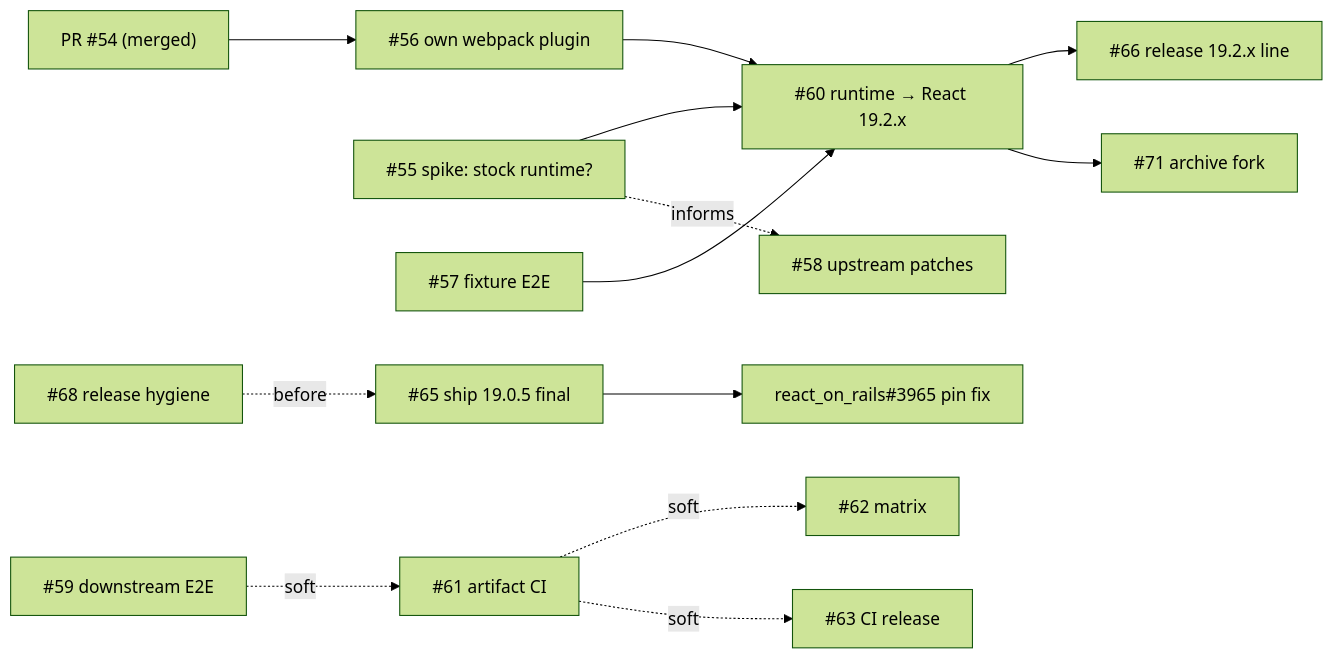
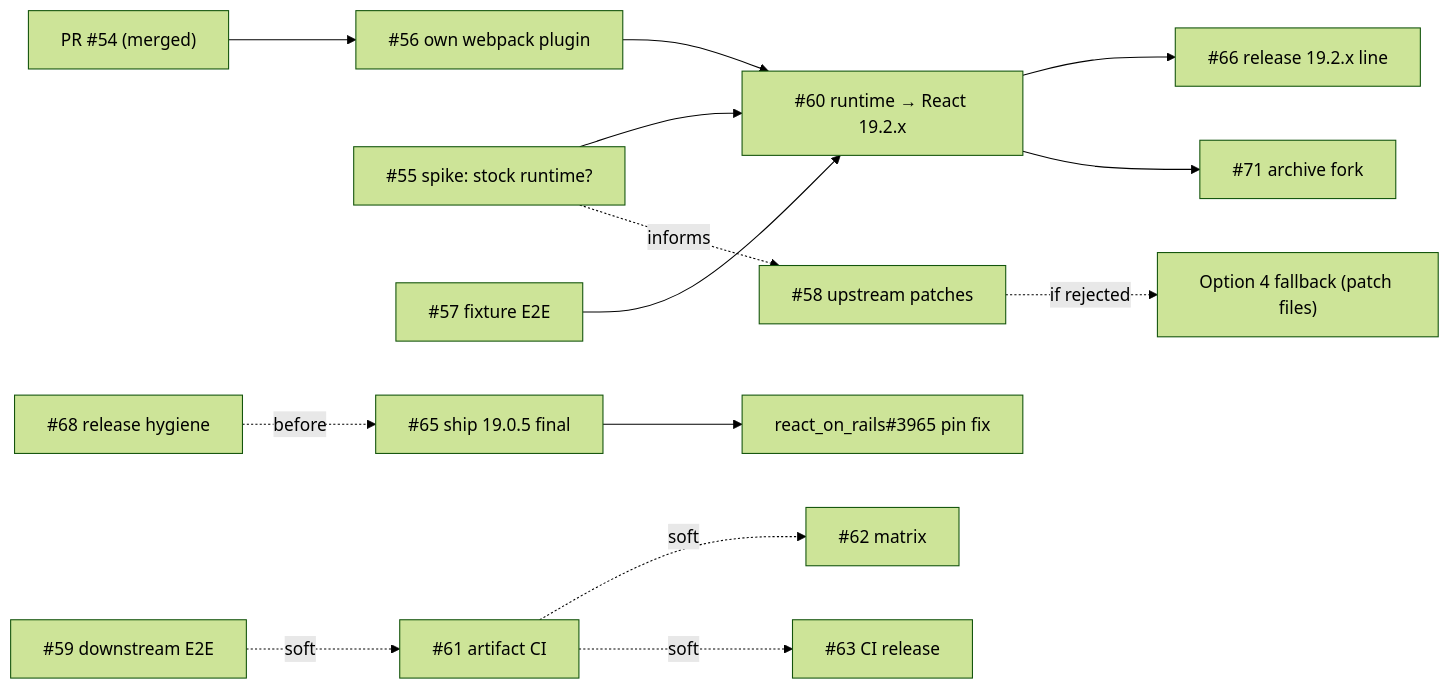
One commit to shakacode/react_on_rails_rsc changed the diagram in docs/repo-improvement-audit-2026-06.md. Above: the diagram before and after it, drawn with Mermaid (forest theme). The commit also changed other lines of this file, not shown here.

````diff
--- a/docs/repo-improvement-audit-2026-06.md
+++ b/docs/repo-improvement-audit-2026-06.md
@@ -225,15 +225,16 @@
 ```mermaid
 flowchart LR
   pr54["PR #54 (merged)"] --> i56
   i55["#55 spike: stock runtime?"] --> i60
   i56["#56 own webpack plugin"] --> i60
   i57["#57 fixture E2E"] --> i60
   i60["#60 runtime → React 19.2.x"] --> i66["#66 release 19.2.x line"]
   i60 --> i71["#71 archive fork"]
   i65["#65 ship 19.0.5 final"] --> ror["react_on_rails#3965 pin fix"]
   i68["#68 release hygiene"] -. before .-> i65
-  i59["#59 downstream E2E"] -. soft .-> i61["#61 artifact CI"]
+  i59["#59 downstream E2E"] -. soft .-> i61
   i61["#61 artifact CI"] -. soft .-> i62["#62 matrix"]
   i61 -. soft .-> i63["#63 CI release"]
   i55 -. informs .-> i58["#58 upstream patches"]
+  i58 -. if rejected .-> opt4["Option 4 fallback (patch files)"]
 ```
````
